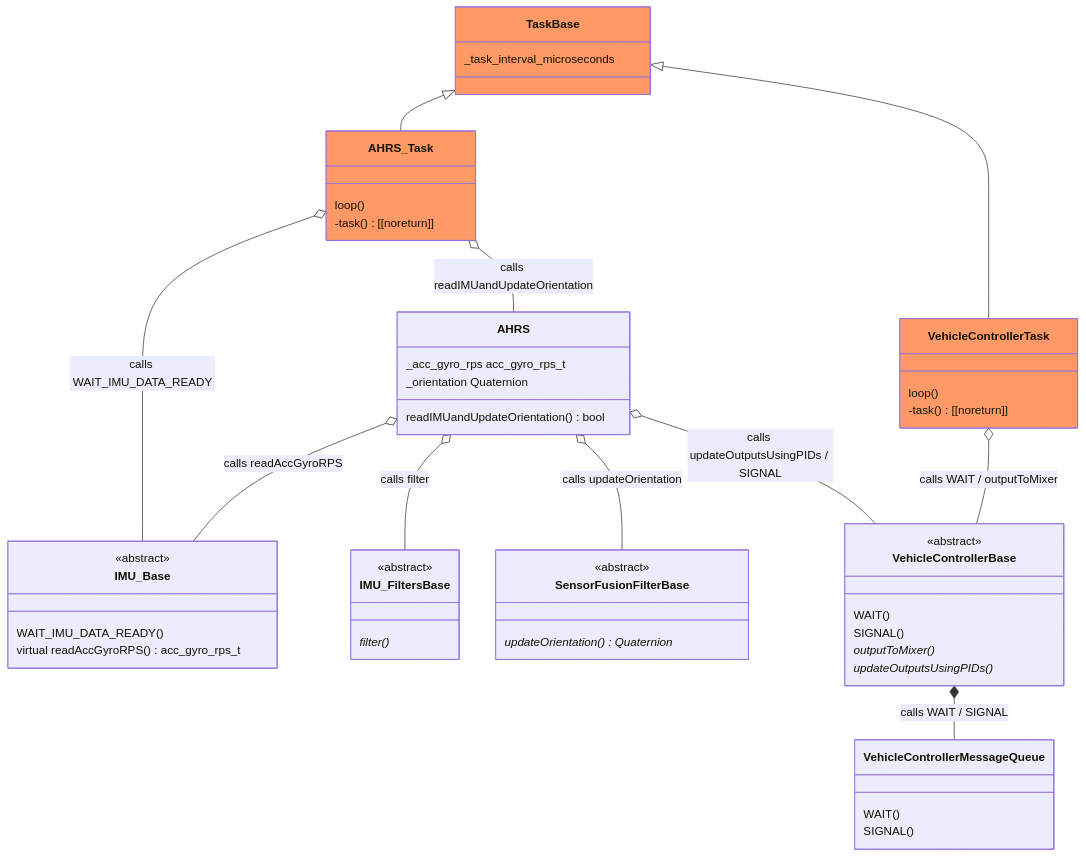
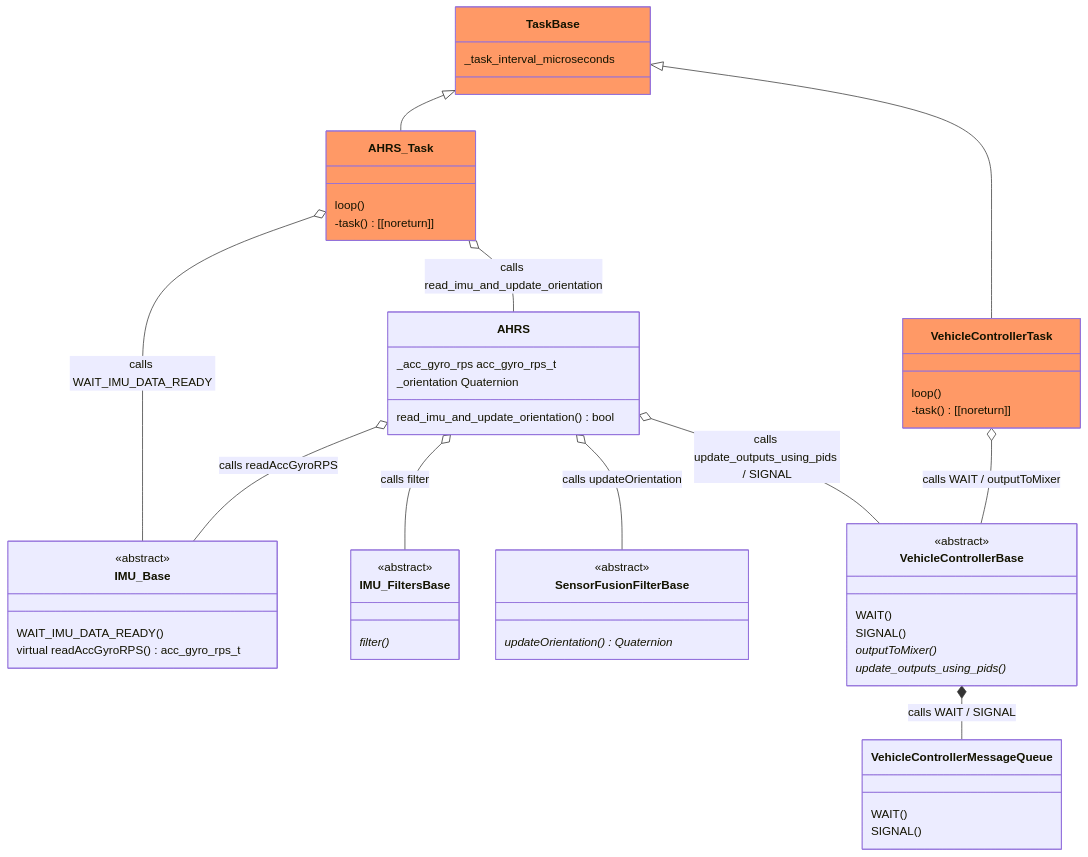
Before and after one commit to martinbudden/Library-StabilizedVehicle: the diagram in README.md, drawn with Mermaid. The commit also changed other lines of this file and 9 other files, not shown here.

````diff
--- a/README.md
+++ b/README.md
@@ -14,73 +14,73 @@
 ```mermaid
 classDiagram
     class TaskBase:::taskClass {
         _task_interval_microseconds
     }
     link TaskBase "https://github.com/martinbudden/Library-TaskBase/blob/main/src/TaskBase.h"
 
     TaskBase <|-- AHRS_Task
     class AHRS_Task:::taskClass {
         loop()
         -task() [[noreturn]]
     }
     link AHRS_Task "https://github.com/martinbudden/Library-StabilizedVehicle/blob/main/src/AHRS_Task.h"
-    AHRS_Task o-- AHRS : calls readIMUandUpdateOrientation
+    AHRS_Task o-- AHRS : calls read_imu_and_update_orientation
     AHRS_Task o-- IMU_Base : calls WAIT_IMU_DATA_READY
 
 
     class IMU_Base {
         <<abstract>>
         WAIT_IMU_DATA_READY()
         virtual readAccGyroRPS() acc_gyro_rps_t
     }
     link IMU_Base "https://github.com/martinbudden/Library-Sensors/blob/main/src/IMU_Base.h"
 
     class IMU_FiltersBase {
         <<abstract>>
         filter() *
     }
     link IMU_FiltersBase "https://github.com/martinbudden/Library-StabilizedVehicle/blob/main/src/IMU_FiltersBase.h"
 
     class SensorFusionFilterBase {
         <<abstract>>
         updateOrientation() Quaternion *
     }
     link SensorFusionFilterBase "https://github.com/martinbudden/Library-SensorFusion/blob/main/src/sensor_fusion.h"
 
     class VehicleControllerMessageQueue {
         WAIT()
         SIGNAL()
     }
     link VehicleControllerMessageQueue "https://github.com/martinbudden/Library-StabilizedVehicle/blob/main/src/VehicleControllerMessageQueue.h"
 
     class VehicleControllerBase {
         <<abstract>>
         WAIT()
         SIGNAL()
         outputToMixer() *
-        updateOutputsUsingPIDs() *
+        update_outputs_using_pids() *
     }
     link VehicleControllerBase "https://github.com/martinbudden/Library-StabilizedVehicle/blob/main/src/VehicleControllerBase.h"
     VehicleControllerBase *-- VehicleControllerMessageQueue : calls WAIT / SIGNAL
 
     class AHRS {
         _acc_gyro_rps acc_gyro_rps_t
         _orientation Quaternion
-        readIMUandUpdateOrientation() bool
+        read_imu_and_update_orientation() bool
     }
     link AHRS "https://github.com/martinbudden/Library-StabilizedVehicle/blob/main/src/AHRS.h"
     AHRS o-- IMU_Base : calls readAccGyroRPS
     AHRS o-- IMU_FiltersBase : calls filter
     AHRS o-- SensorFusionFilterBase : calls updateOrientation
-    AHRS o-- VehicleControllerBase : calls updateOutputsUsingPIDs / SIGNAL
+    AHRS o-- VehicleControllerBase : calls update_outputs_using_pids / SIGNAL
 
     TaskBase <|-- VehicleControllerTask
     class VehicleControllerTask:::taskClasss {
         loop()
         -task() [[noreturn]]
     }
     link VehicleControllerTask "https://github.com/martinbudden/Library-StabilizedVehicle/blob/main/src/VehicleControllerTask.h"
     VehicleControllerTask o-- VehicleControllerBase : calls WAIT / outputToMixer
 
     classDef taskClass fill:#f96
 ```
````
